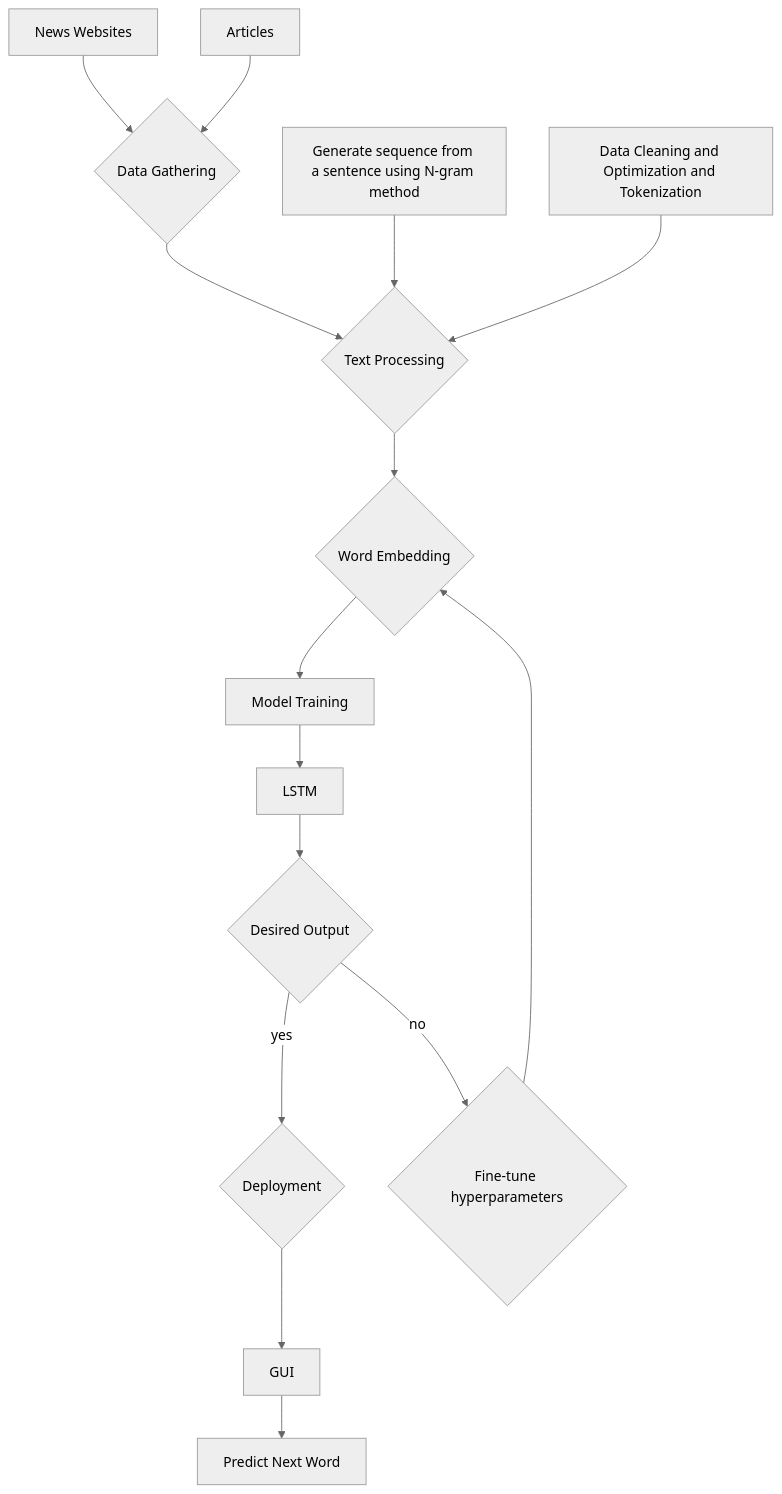
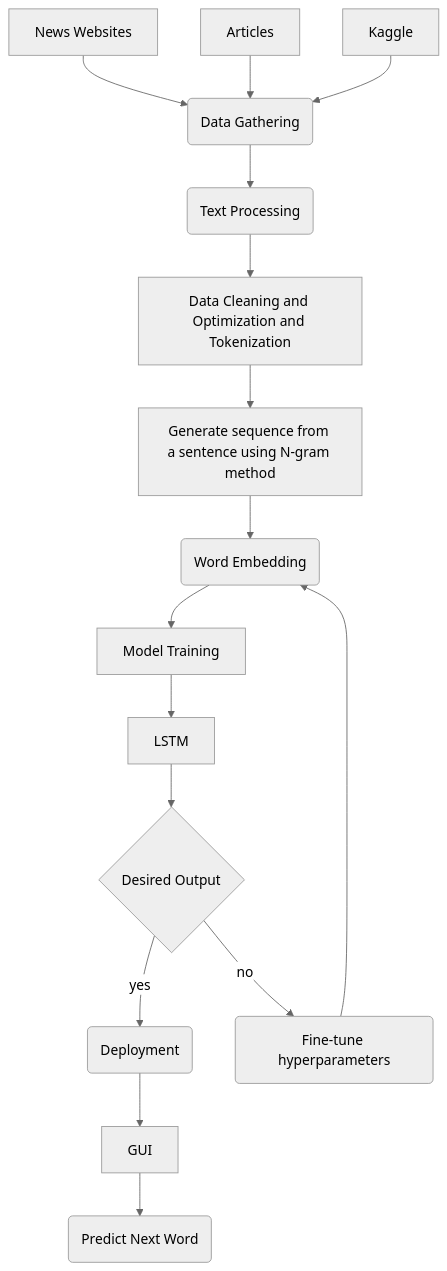
One commit to Datawhisperers-Durham/NextWordPrediction changed the diagram in README.md. Above: the diagram before and after it, drawn with Mermaid (neutral theme). The commit also changed 1 other file, not shown here.

Commit message:
Diagram updated with flow

````diff
--- a/README.md
+++ b/README.md
@@ -35,15 +35,16 @@
 ```mermaid
 graph TD
-    B{Data Gathering} --> C{Text Processing}
+    B(Data Gathering) --> C(Text Processing)
     N[News Websites] --> B
     M[Articles] --> B
-    O[Generate sequence from a sentence using N-gram method] --> C
-    P[Data Cleaning and Optimization and Tokenization] --> C
-    C --> E{Word Embedding}
+    Z[Kaggle] --> B
+    C --> P[Data Cleaning and Optimization and Tokenization]
+    P --> O[Generate sequence from a sentence using N-gram method]
+    O --> E(Word Embedding)
     E --> F[Model Training]
-    F --> H[LSTM] --> I{Desired Output} --> |yes| G{Deployment}
-    I --> |no|J{Fine-tune hyperparameters}
+    F --> H[LSTM] --> I{Desired Output} --> |yes|G(Deployment)
+    I --> |no|J(Fine-tune hyperparameters)
     J --> E
     G --> K
-    K[GUI] --> L[Predict Next Word]
+    K[GUI] --> L(Predict Next Word)
 ```
````
